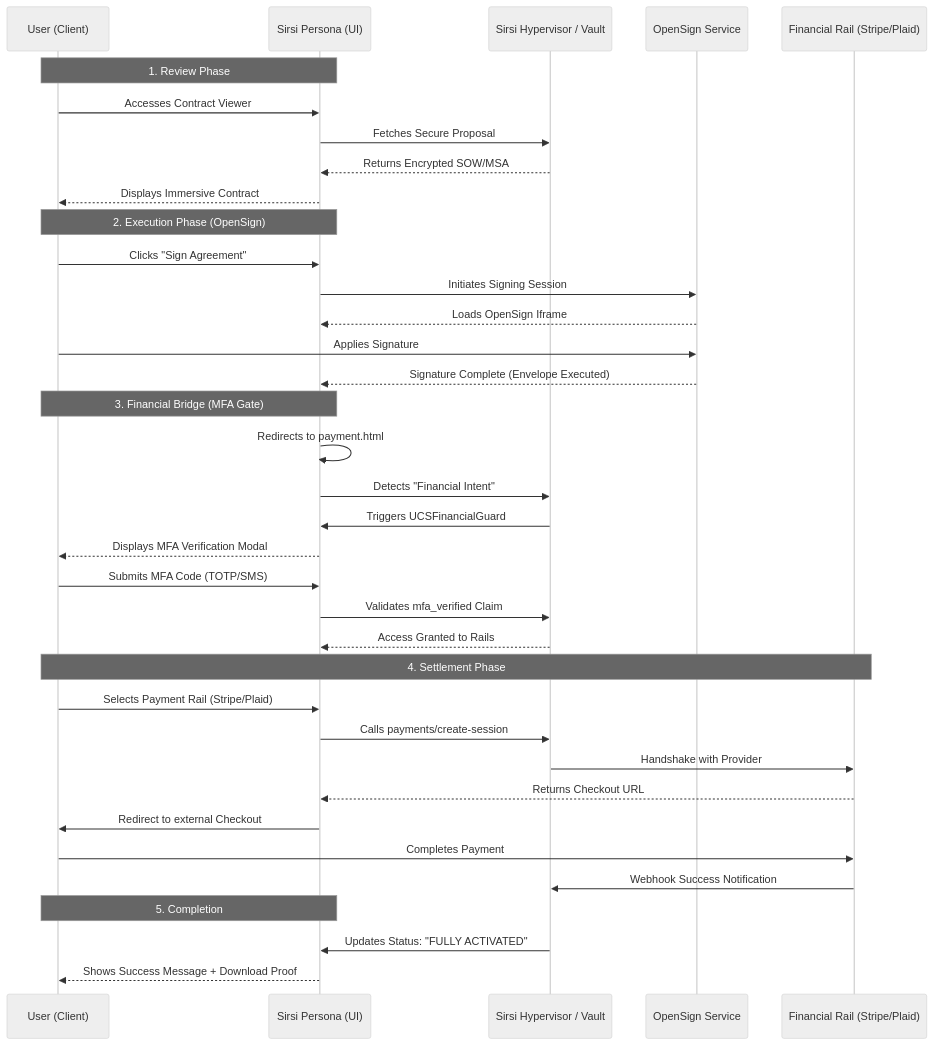
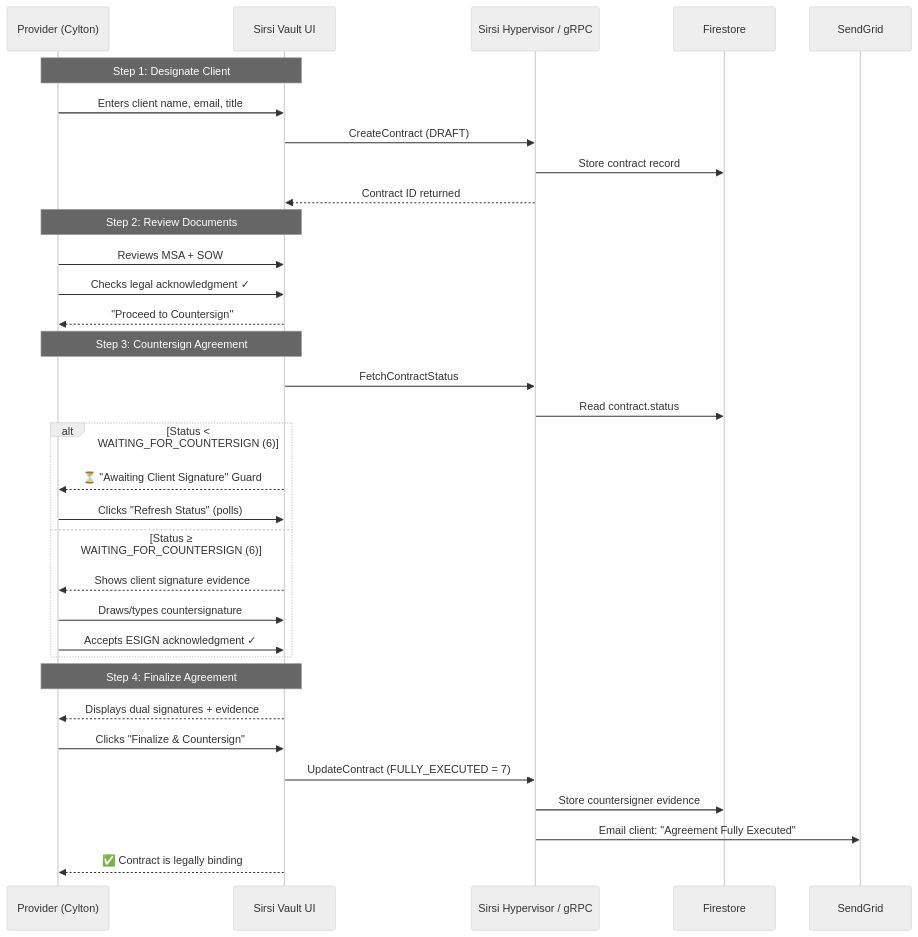
The first of 2 diagrams in docs/workflows/SIGNING_PAYMENT_FLOW.md (SirsiMaster/SirsiNexusApp), drawn with Mermaid (neutral theme) before and after one commit. The commit also changed other lines of this file and 6 other files, not shown here.

First line of the commit message:
ADR-014: Bipartite Contract Execution — Code + Workflow Docs

````diff
--- a/docs/workflows/SIGNING_PAYMENT_FLOW.md
+++ b/docs/workflows/SIGNING_PAYMENT_FLOW.md
@@ -12,43 +41,39 @@
 ```mermaid
 sequenceDiagram
-    participant U as User (Client)
-    participant P as Sirsi Persona (UI)
-    participant H as Sirsi Hypervisor / Vault
-    participant S as OpenSign Service
-    participant F as Financial Rail (Stripe/Plaid)
+    participant P as Provider (Cylton)
+    participant UI as Sirsi Vault UI
+    participant H as Sirsi Hypervisor / gRPC
+    participant DB as Firestore
+    participant E as SendGrid
 
-    Note over U,P: 1. Review Phase
-    U->>P: Accesses Contract Viewer
-    P->>H: Fetches Secure Proposal
-    H-->>P: Returns Encrypted SOW/MSA
-    P-->>U: Displays Immersive Contract
+    Note over P,UI: Step 1: Designate Client
+    P->>UI: Enters client name, email, title
+    UI->>H: CreateContract (DRAFT)
+    H->>DB: Store contract record
+    H-->>UI: Contract ID returned
 
-    Note over U,P: 2. Execution Phase (OpenSign)
-    U->>P: Clicks "Sign Agreement"
-    P->>S: Initiates Signing Session
-    S-->>P: Loads OpenSign Iframe
-    U->>S: Applies Signature
-    S-->>P: Signature Complete (Envelope Executed)
+    Note over P,UI: Step 2: Review Documents
+    P->>UI: Reviews MSA + SOW
+    P->>UI: Checks legal acknowledgment ✓
+    UI-->>P: "Proceed to Countersign"
 
-    Note over U,P: 3. Financial Bridge (MFA Gate)
-    P->>P: Redirects to payment.html
-    P->>H: Detects "Financial Intent"
-    H->>P: Triggers UCSFinancialGuard
-    P-->>U: Displays MFA Verification Modal
-    U->>P: Submits MFA Code (TOTP/SMS)
-    P->>H: Validates mfa_verified Claim
-    H-->>P: Access Granted to Rails
+    Note over P,UI: Step 3: Countersign Agreement
+    UI->>H: FetchContractStatus
+    H->>DB: Read contract.status
+    alt Status < WAITING_FOR_COUNTERSIGN (6)
+        UI-->>P: ⏳ "Awaiting Client Signature" Guard
+        P->>UI: Clicks "Refresh Status" (polls)
+    else Status ≥ WAITING_FOR_COUNTERSIGN (6)
+        UI-->>P: Shows client signature evidence
+        P->>UI: Draws/types countersignature
+        P->>UI: Accepts ESIGN acknowledgment ✓
+    end
 
-    Note over U,F: 4. Settlement Phase
-    U->>P: Selects Payment Rail (Stripe/Plaid)
-    P->>H: Calls payments/create-session
-    H->>F: Handshake with Provider
-    F-->>P: Returns Checkout URL
-    P->>U: Redirect to external Checkout
-    U->>F: Completes Payment
-    F->>H: Webhook Success Notification
-
-    Note over U,P: 5. Completion
-    H->>P: Updates Status: "FULLY ACTIVATED"
-    P-->>U: Shows Success Message + Download Proof
+    Note over P,UI: Step 4: Finalize Agreement
+    UI-->>P: Displays dual signatures + evidence
+    P->>UI: Clicks "Finalize & Countersign"
+    UI->>H: UpdateContract (FULLY_EXECUTED = 7)
+    H->>DB: Store countersigner evidence
+    H->>E: Email client: "Agreement Fully Executed"
+    UI-->>P: ✅ Contract is legally binding
 ```
````
